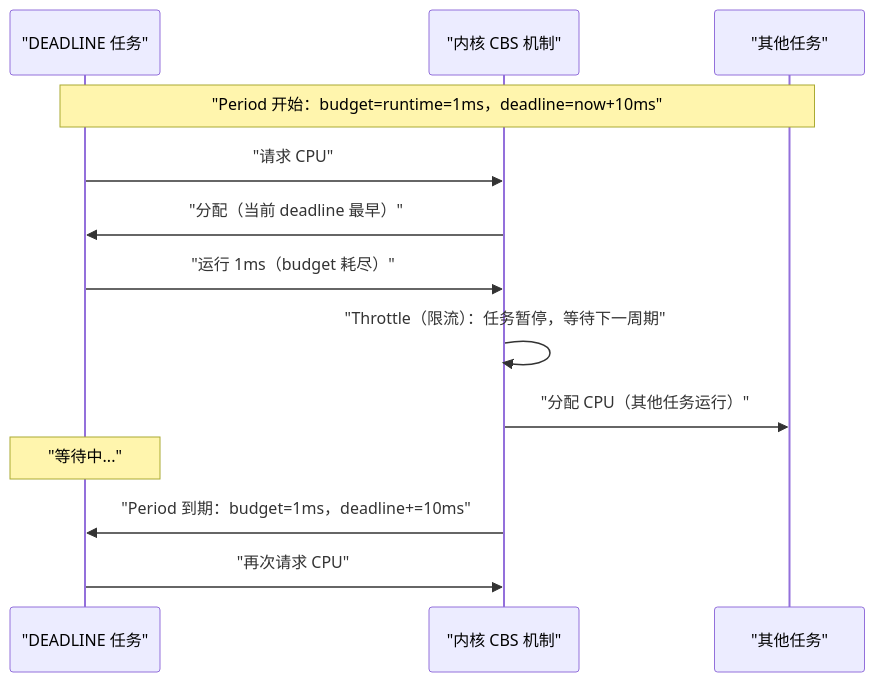
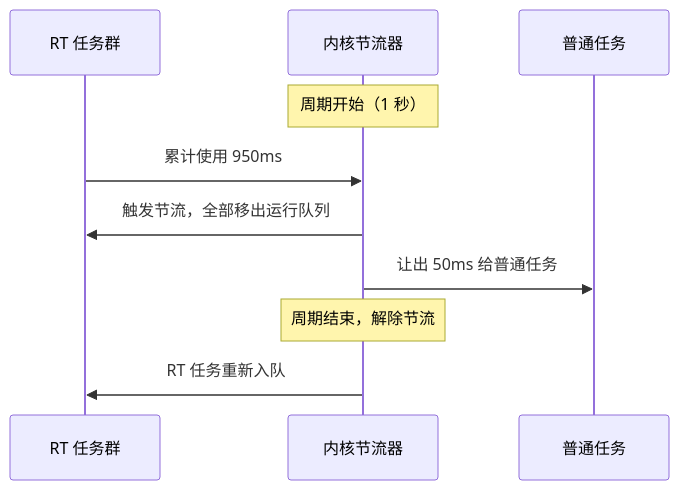
One commit to hpliStartAgain/my-brain changed the second of 3 diagrams in content/Linux/进程管理/09 实时调度与调度策略全景——SCHED_FIFO、SCHED_RR 与 SCHED_DEADLINE.md. Above: the diagram before and after it, drawn with Mermaid. The commit also changed other lines of this file and 47 other files, not shown here.

````diff
--- a/content/Linux/进程管理/09 实时调度与调度策略全景——SCHED_FIFO、SCHED_RR 与 SCHED_DEADLINE.md
+++ b/content/Linux/进程管理/09 实时调度与调度策略全景——SCHED_FIFO、SCHED_RR 与 SCHED_DEADLINE.md
@@ -301,17 +268,13 @@
 ```mermaid
 %%{init: {'theme': 'dracula'}}%%
 sequenceDiagram
-    participant T as "DEADLINE 任务"
-    participant K as "内核 CBS 机制"
-    participant O as "其他任务"
-
-    Note over T,O: "Period 开始：budget=runtime=1ms，deadline=now+10ms"
-    T->>K: "请求 CPU"
-    K->>T: "分配（当前 deadline 最早）"
-    T->>K: "运行 1ms（budget 耗尽）"
-    K->>K: "Throttle（限流）：任务暂停，等待下一周期"
-    K->>O: "分配 CPU（其他任务运行）"
-    Note over T: "等待中..."
-    K->>T: "Period 到期：budget=1ms，deadline+=10ms"
-    T->>K: "再次请求 CPU"
+    participant RT as RT 任务群
+    participant K as 内核节流器
+    participant CFS as 普通任务
+    Note over K: 周期开始（1 秒）
+    RT->>K: 累计使用 950ms
+    K->>RT: 触发节流，全部移出运行队列
+    K->>CFS: 让出 50ms 给普通任务
+    Note over K: 周期结束，解除节流
+    K->>RT: RT 任务重新入队
 ```
````
